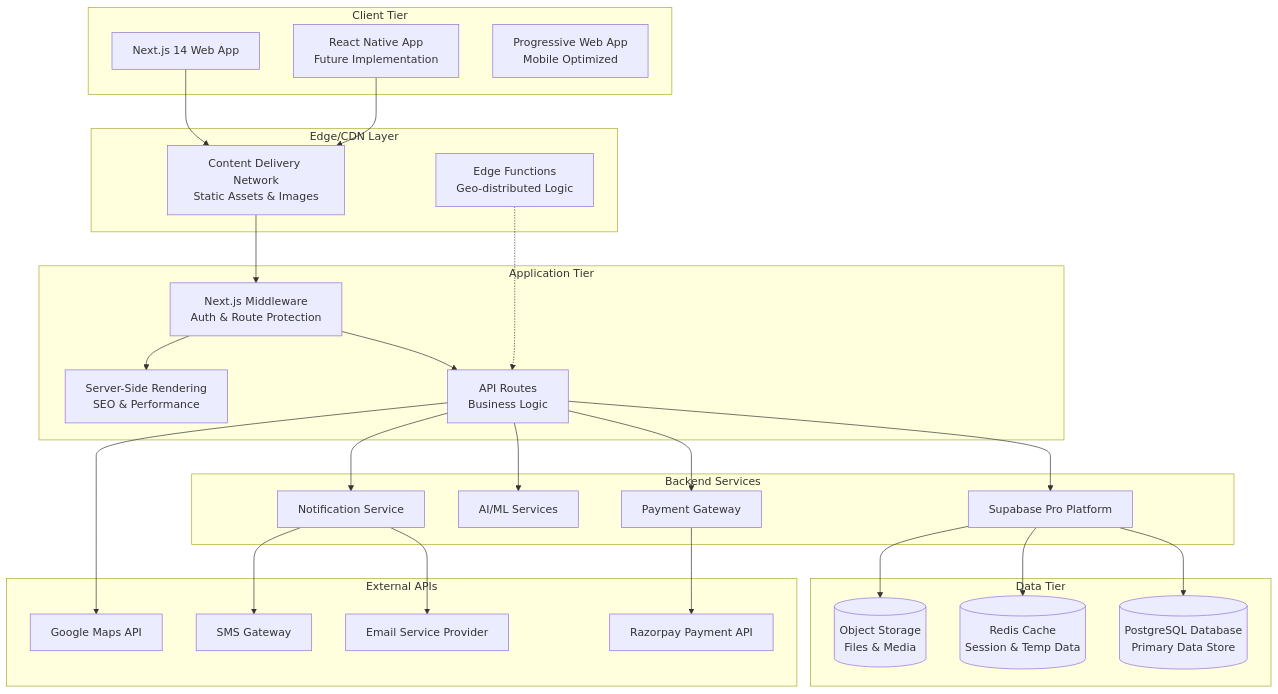
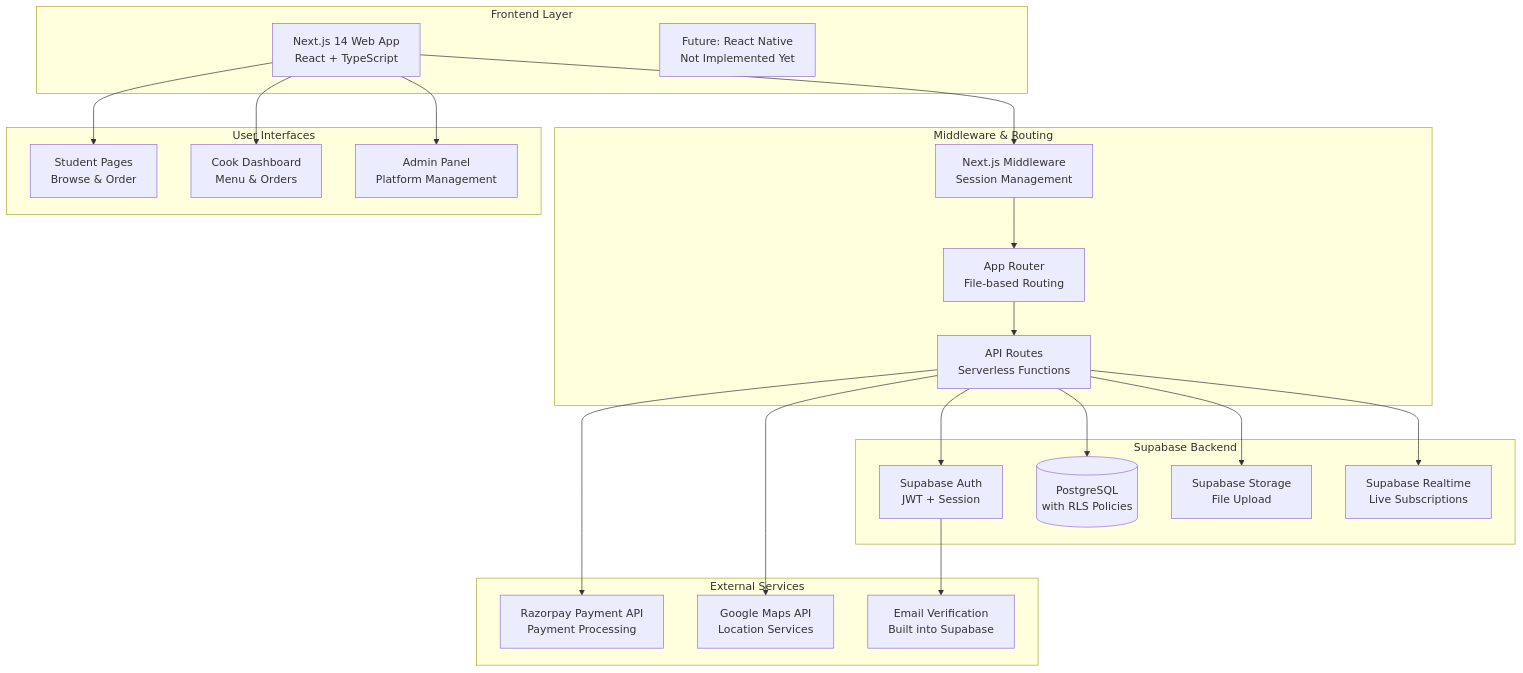
Before and after one commit to ArnavBallinCode/Diagram: the first of 14 diagrams in arch.md, drawn with Mermaid. The commit also changed other lines of this file, not shown here.

````diff
--- a/arch.md
+++ b/arch.md
@@ -9,60 +9,48 @@
 ```mermaid
 graph TB
-    subgraph "Client Tier"
-        WEB[Next.js 14 Web App]
-        MOBILE[React Native App<br/>Future Implementation]
-        PWA[Progressive Web App<br/>Mobile Optimized]
+    subgraph "Frontend Layer"
+        WEB[Next.js 14 Web App<br/>React + TypeScript]
+        MOBILE[Future: React Native<br/>Not Implemented Yet]
     end
     
-    subgraph "Edge/CDN Layer"
-        CDN[Content Delivery Network<br/>Static Assets & Images]
-        EDGE[Edge Functions<br/>Geo-distributed Logic]
+    subgraph "Middleware & Routing"
+        MW[Next.js Middleware<br/>Session Management]
+        ROUTER[App Router<br/>File-based Routing]
+        API[API Routes<br/>Serverless Functions]
     end
     
-    subgraph "Application Tier"
-        MW[Next.js Middleware<br/>Auth & Route Protection]
-        API[API Routes<br/>Business Logic]
-        SSR[Server-Side Rendering<br/>SEO & Performance]
+    subgraph "Supabase Backend"
+        AUTH[Supabase Auth<br/>JWT + Session]
+        DB[(PostgreSQL<br/>with RLS Policies)]
+        STORAGE[Supabase Storage<br/>File Upload]
+        REALTIME[Supabase Realtime<br/>Live Subscriptions]
     end
     
-    subgraph "Backend Services"
-        SUPABASE[Supabase Pro Platform]
-        PAYMENT[Payment Gateway]
-        AI[AI/ML Services]
-        NOTIFY[Notification Service]
+    subgraph "External Services"
+        RAZORPAY[Razorpay Payment API<br/>Payment Processing]
+        MAPS[Google Maps API<br/>Location Services]
+        EMAIL[Email Verification<br/>Built into Supabase]
     end
     
-    subgraph "Data Tier"
-        DB[(PostgreSQL Database<br/>Primary Data Store)]
-        CACHE[(Redis Cache<br/>Session & Temp Data)]
-        STORAGE[(Object Storage<br/>Files & Media)]
+    subgraph "User Interfaces"
+        STUDENT[Student Pages<br/>Browse & Order]
+        COOK[Cook Dashboard<br/>Menu & Orders]
+        ADMIN[Admin Panel<br/>Platform Management]
     end
     
-    subgraph "External APIs"
-        RAZORPAY[Razorpay Payment API]
-        MAPS[Google Maps API]
-        EMAIL[Email Service Provider]
-        SMS[SMS Gateway]
-    end
+    WEB --> MW
+    MW --> ROUTER
+    ROUTER --> API
+    API --> AUTH
+    API --> DB
+    API --> STORAGE
+    API --> REALTIME
     
-    WEB --> CDN
-    MOBILE --> CDN
-    CDN --> MW
-    MW --> API
-    MW --> SSR
-    API --> SUPABASE
-    SUPABASE --> DB
-    SUPABASE --> CACHE
-    SUPABASE --> STORAGE
+    API --> RAZORPAY
+    API --> MAPS
+    AUTH --> EMAIL
     
-    API --> PAYMENT
-    API --> AI
-    API --> NOTIFY
-    
-    PAYMENT --> RAZORPAY
-    API --> MAPS
-    NOTIFY --> EMAIL
-    NOTIFY --> SMS
-    
-    EDGE -.-> API
+    WEB --> STUDENT
+    WEB --> COOK
+    WEB --> ADMIN
 ```
````
